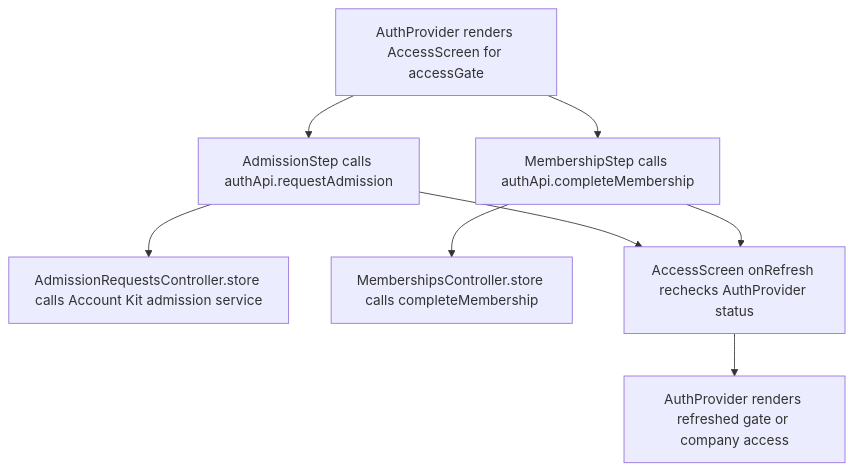
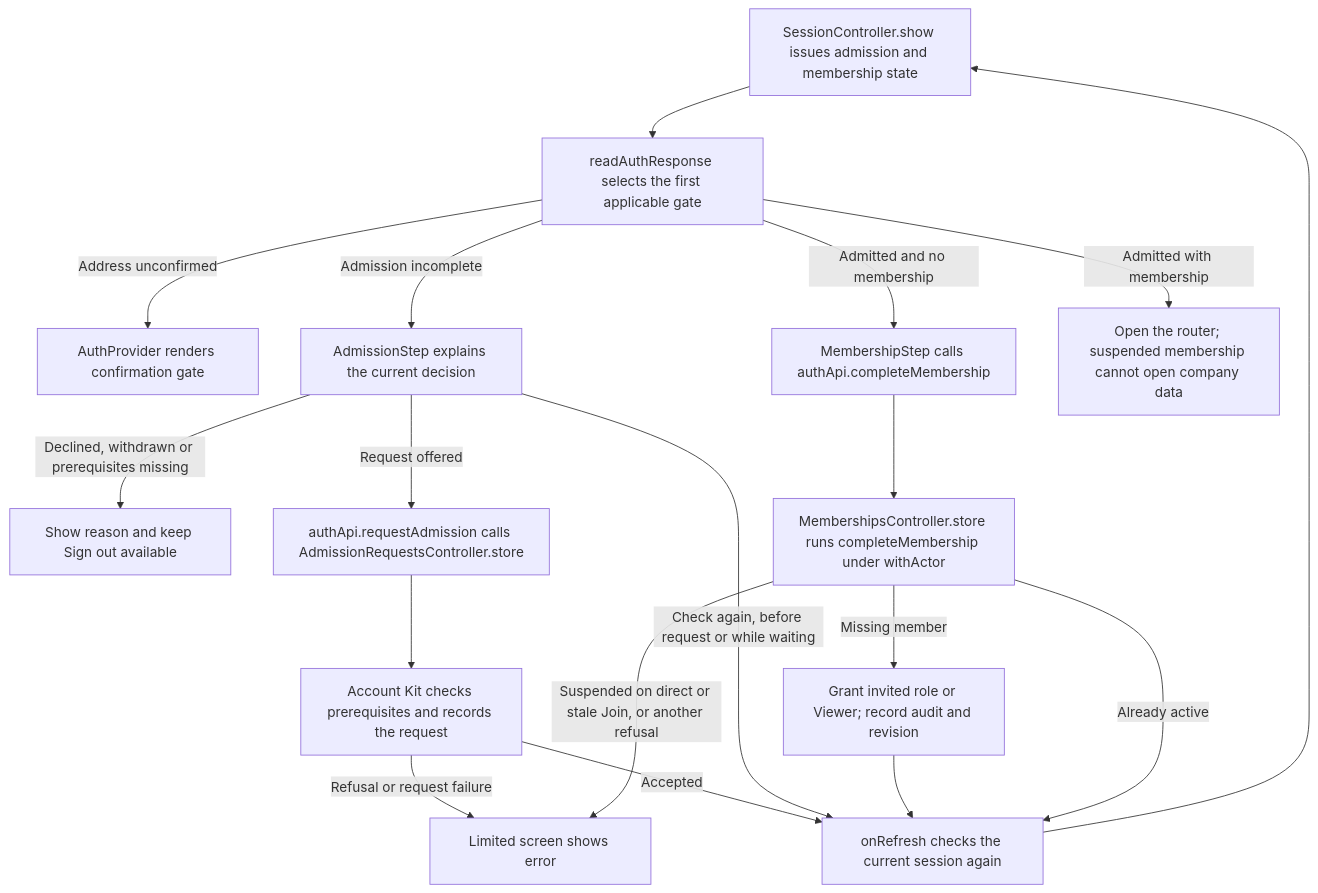
One commit to Kevinjohn/capacitylens changed the second of 2 diagrams in user-stories/account/US-ACCOUNT-09-limited-access.md. Above: the diagram before and after it, drawn with Mermaid. The commit also changed other lines of this file and 172 other files, not shown here.

Commit message:
docs: reconcile user story code flows with source

````diff
--- a/user-stories/account/US-ACCOUNT-09-limited-access.md
+++ b/user-stories/account/US-ACCOUNT-09-limited-access.md
@@ -32,10 +32,20 @@
 ```mermaid
 flowchart TD
-  gate["AuthProvider renders AccessScreen for accessGate"] --> request["AdmissionStep calls authApi.requestAdmission"]
-  request --> kit["AdmissionRequestsController.store calls Account Kit admission service"]
-  gate --> join["MembershipStep calls authApi.completeMembership"]
-  join --> service["MembershipsController.store calls completeMembership"]
-  request --> refresh["AccessScreen onRefresh rechecks AuthProvider status"]
-  join --> refresh
-  refresh --> outcome["AuthProvider renders refreshed gate or company access"]
+  session["SessionController.show issues admission and membership state"] --> gate["readAuthResponse selects the first applicable gate"]
+  gate -->|Address unconfirmed| verify["AuthProvider renders confirmation gate"]
+  gate -->|Admission incomplete| admission["AdmissionStep explains the current decision"]
+  admission -->|Declined, withdrawn or prerequisites missing| reason["Show reason and keep Sign out available"]
+  admission -->|Request offered| request["authApi.requestAdmission calls AdmissionRequestsController.store"]
+  request --> kit["Account Kit checks prerequisites and records the request"]
+  kit -->|Accepted| refresh["onRefresh checks the current session again"]
+  kit -->|Refusal or request failure| error["Limited screen shows error"]
+  admission -->|Check again, before request or while waiting| refresh
+  refresh --> session
+  gate -->|Admitted and no membership| join["MembershipStep calls authApi.completeMembership"]
+  join --> service["MembershipsController.store runs completeMembership under withActor"]
+  service -->|Missing member| write["Grant invited role or Viewer; record audit and revision"]
+  write --> refresh
+  service -->|Already active| refresh
+  service -->|Suspended on direct or stale Join, or another refusal| error
+  gate -->|Admitted with membership| app["Open the router; suspended membership cannot open company data"]
 ```
````
